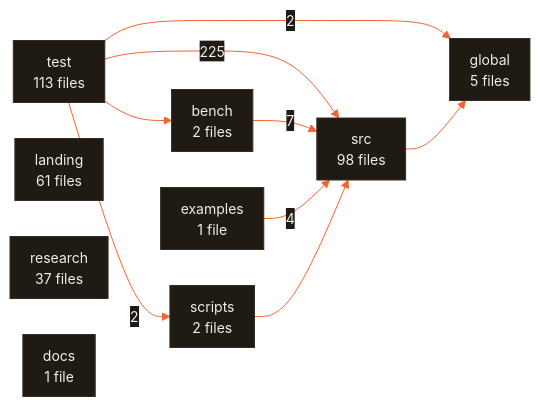
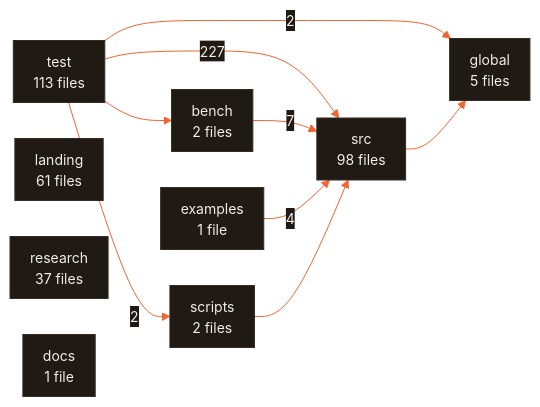
Before and after one commit to CodeWithJuber/forgekit: the fifth of 5 diagrams in ARCHITECTURE.md, drawn with Mermaid. The commit also changed 12 other files, not shown here.

````diff
--- a/ARCHITECTURE.md
+++ b/ARCHITECTURE.md
@@ -601,21 +601,21 @@
 ```mermaid
 %%{init: {'theme':'base','themeVariables':{'primaryColor':'#201a15','primaryTextColor':'#f2ede7','primaryBorderColor':'#372c22','lineColor':'#f26430','secondaryColor':'#272019','tertiaryColor':'#171310','edgeLabelBackground':'#201a15','clusterBkg':'#171310','clusterBorder':'#4a3b2e','fontFamily':'ui-sans-serif, system-ui, sans-serif','fontSize':'14px'},'flowchart':{'curve':'basis','padding':10,'nodeSpacing':36,'rankSpacing':44}}}%%
 flowchart LR
   test["test<br/>113 files"]
   src["src<br/>98 files"]
   landing["landing<br/>61 files"]
   research["research<br/>37 files"]
   global["global<br/>5 files"]
   bench["bench<br/>2 files"]
   scripts["scripts<br/>2 files"]
   docs["docs<br/>1 file"]
   examples["examples<br/>1 file"]
-  test -- 225 --> src
+  test -- 227 --> src
   bench -- 7 --> src
   examples -- 4 --> src
   test -- 2 --> global
   test -- 2 --> scripts
   scripts --> src
   src --> global
   test --> bench
 ```
````
